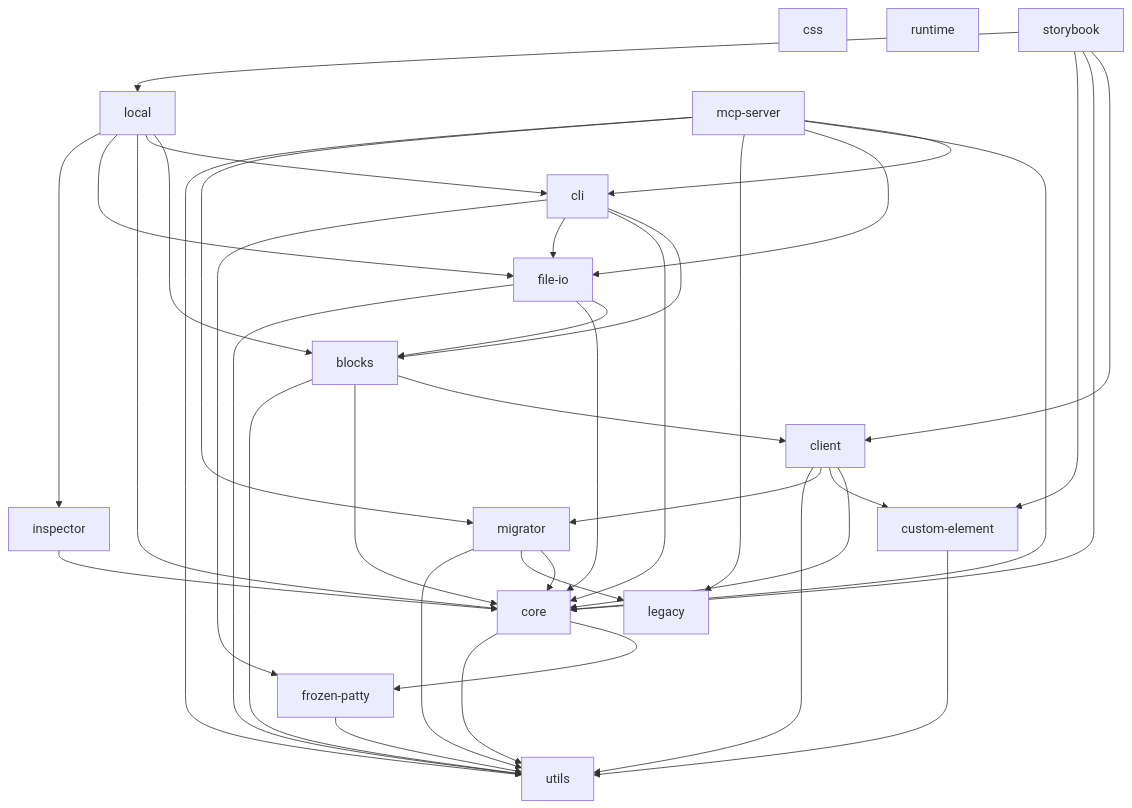
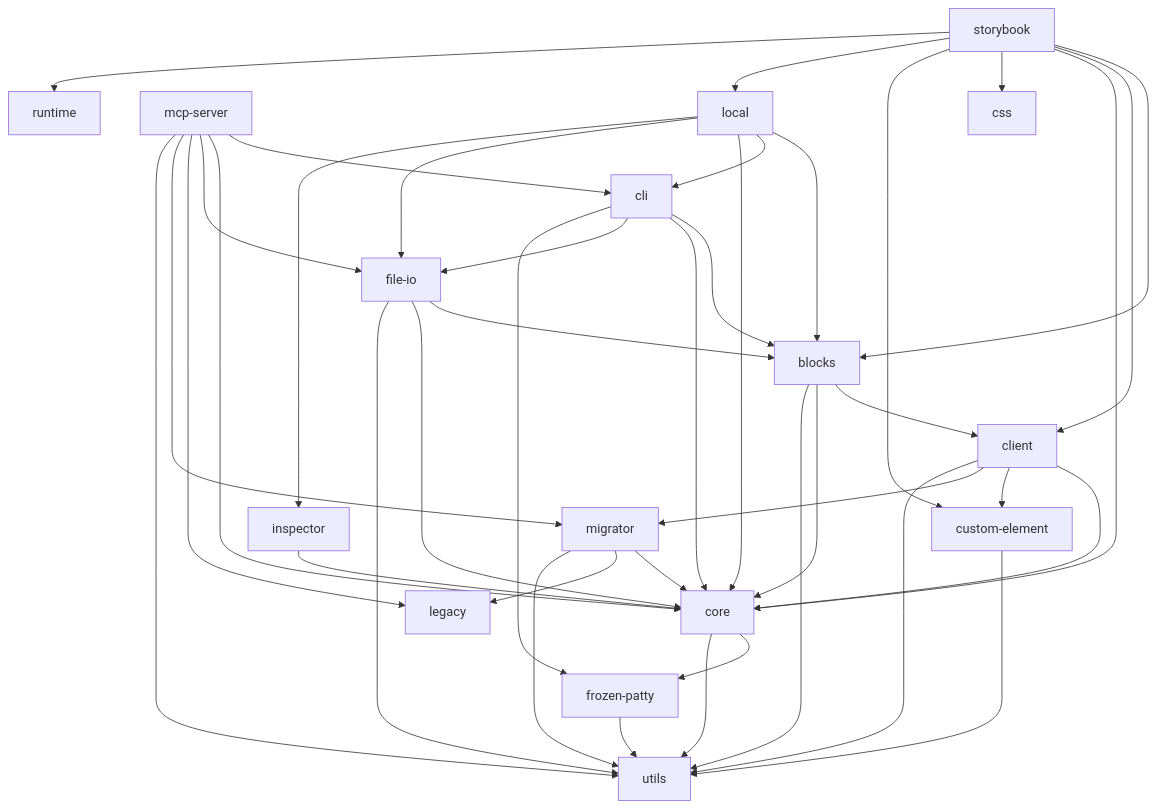
Before and after one commit to d-zero-dev/BurgerEditor: the diagram in ARCHITECTURE.md, drawn with Mermaid. The commit also changed other lines of this file and 4 other files, not shown here.

````diff
--- a/ARCHITECTURE.md
+++ b/ARCHITECTURE.md
@@ -11,59 +11,62 @@
 ```mermaid
 graph TD
     %% A --> B は「A が B に依存する」（dependencies / peerDependencies）。
     %% 正は各 package.json。yarn verify:architecture-graph が CI で突き合わせる
     utils["utils"]
     frozenpatty["frozen-patty"]
     core["core"]
     customelement["custom-element"]
     client["client"]
     blocks["blocks"]
     migrator["migrator"]
     legacy["legacy"]
     inspector["inspector"]
     fileio["file-io"]
     cli["cli"]
     local["local"]
     mcpserver["mcp-server"]
     css["css"]
     runtime["runtime"]
     storybook["storybook"]
 
     frozenpatty --> utils
     core --> frozenpatty
     core --> utils
     customelement --> utils
     client --> core
     client --> customelement
     client --> migrator
     client --> utils
     blocks --> client
     blocks --> core
     blocks --> utils
     migrator --> core
     migrator --> legacy
     migrator --> utils
     inspector --> core
     fileio --> blocks
     fileio --> core
     fileio --> utils
     cli --> blocks
     cli --> core
     cli --> fileio
     cli --> frozenpatty
     local --> blocks
     local --> cli
     local --> core
     local --> fileio
     local --> inspector
     mcpserver --> cli
     mcpserver --> core
     mcpserver --> fileio
     mcpserver --> legacy
     mcpserver --> migrator
     mcpserver --> utils
+    storybook --> blocks
     storybook --> client
     storybook --> core
+    storybook --> css
     storybook --> customelement
     storybook --> local
+    storybook --> runtime
 ```
````
